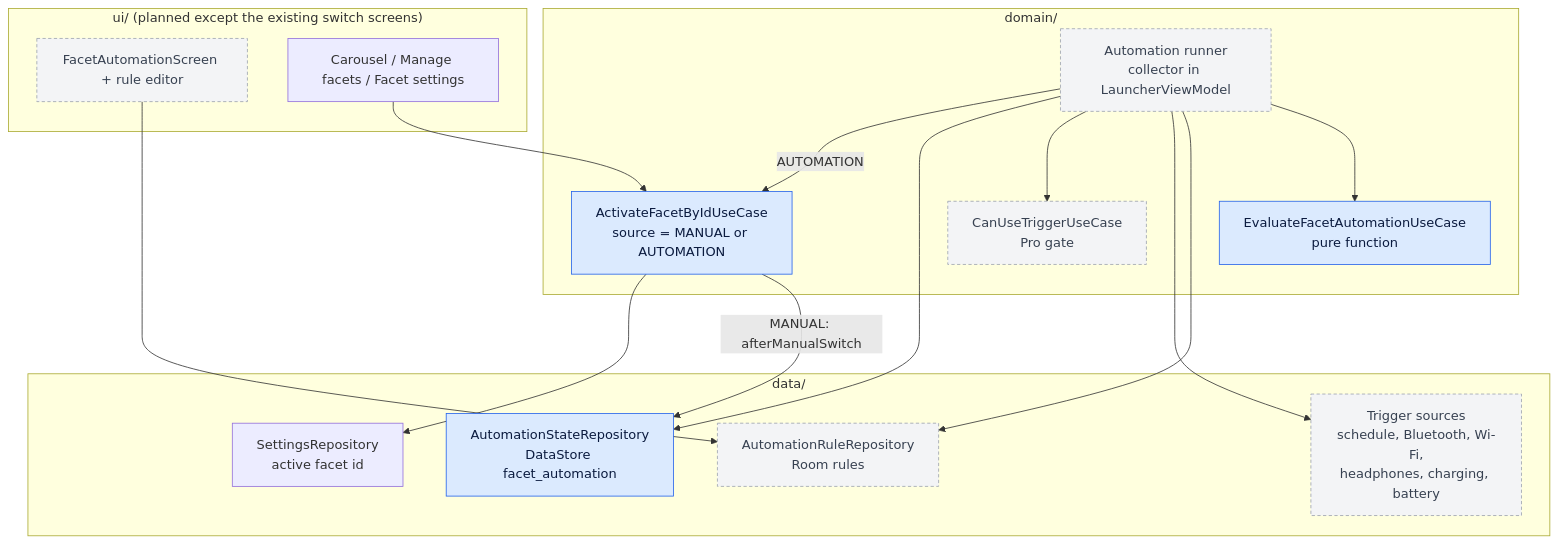
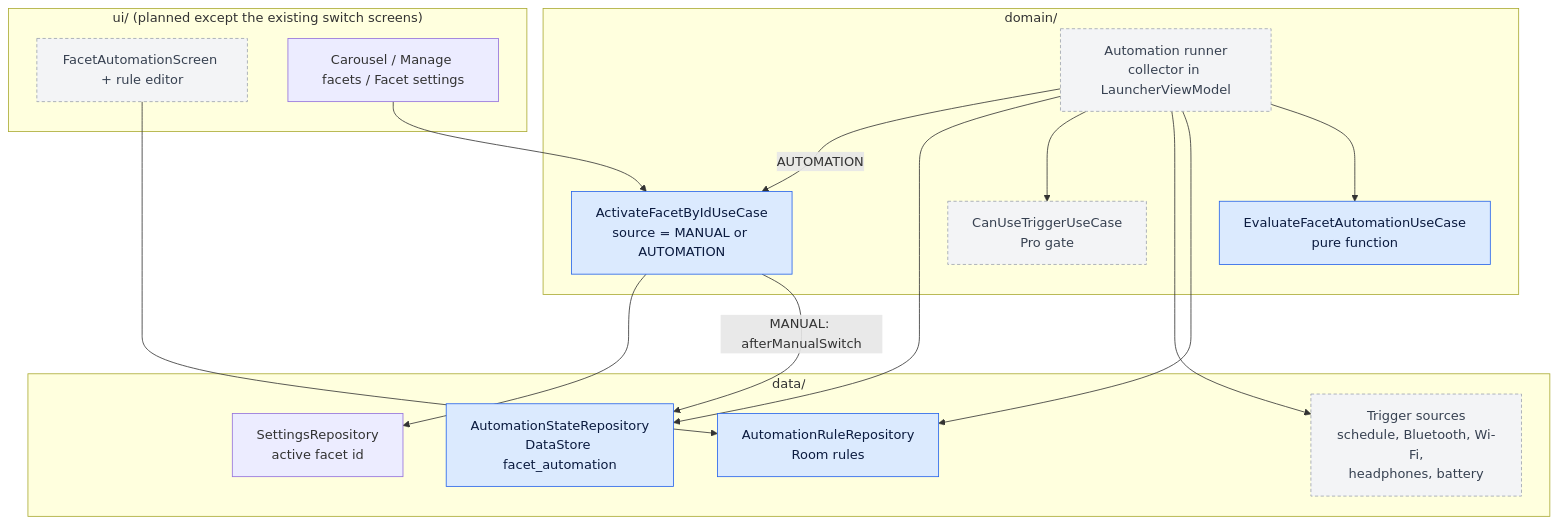
One commit to rohitganjam/facet-launcher changed the first of 4 diagrams in docs/architecture/15-flow-facet-automation.md. Above: the diagram before and after it, drawn with Mermaid. The commit also changed other lines of this file and 33 other files, not shown here.

First line of the commit message:
Add automation rule storage, schedule semantics and validation (phase 3)

````diff
--- a/docs/architecture/15-flow-facet-automation.md
+++ b/docs/architecture/15-flow-facet-automation.md
@@ -44,31 +44,31 @@
 ```mermaid
 flowchart TB
     subgraph UI["ui/ (planned except the existing switch screens)"]
         AUTO["FacetAutomationScreen + rule editor"]:::planned
         SW["Carousel / Manage facets / Facet settings"]
     end
     subgraph DOM["domain/"]
         EVAL["EvaluateFacetAutomationUseCase\npure function"]:::built
         ACT["ActivateFacetByIdUseCase\nsource = MANUAL or AUTOMATION"]:::built
         CAN["CanUseTriggerUseCase\nPro gate"]:::planned
         RUN["Automation runner\ncollector in LauncherViewModel"]:::planned
     end
     subgraph DATA["data/"]
-        RR["AutomationRuleRepository\nRoom rules"]:::planned
+        RR["AutomationRuleRepository\nRoom rules"]:::built
         SR["AutomationStateRepository\nDataStore facet_automation"]:::built
-        TS["Trigger sources\nschedule, Bluetooth, Wi-Fi,\nheadphones, charging, battery"]:::planned
+        TS["Trigger sources\nschedule, Bluetooth, Wi-Fi,\nheadphones, battery"]:::planned
         SET["SettingsRepository\nactive facet id"]
     end
     SW --> ACT
     AUTO --> RR
     RUN --> EVAL
     RUN --> RR
     RUN --> TS
     RUN --> CAN
     RUN --> SR
     RUN -- "AUTOMATION" --> ACT
     ACT -- "MANUAL: afterManualSwitch" --> SR
     ACT --> SET
     classDef built fill:#dbeafe,stroke:#2563eb,color:#0b1b3f
     classDef planned fill:#f3f4f6,stroke:#9ca3af,stroke-dasharray: 4 3,color:#374151
 ```
````
